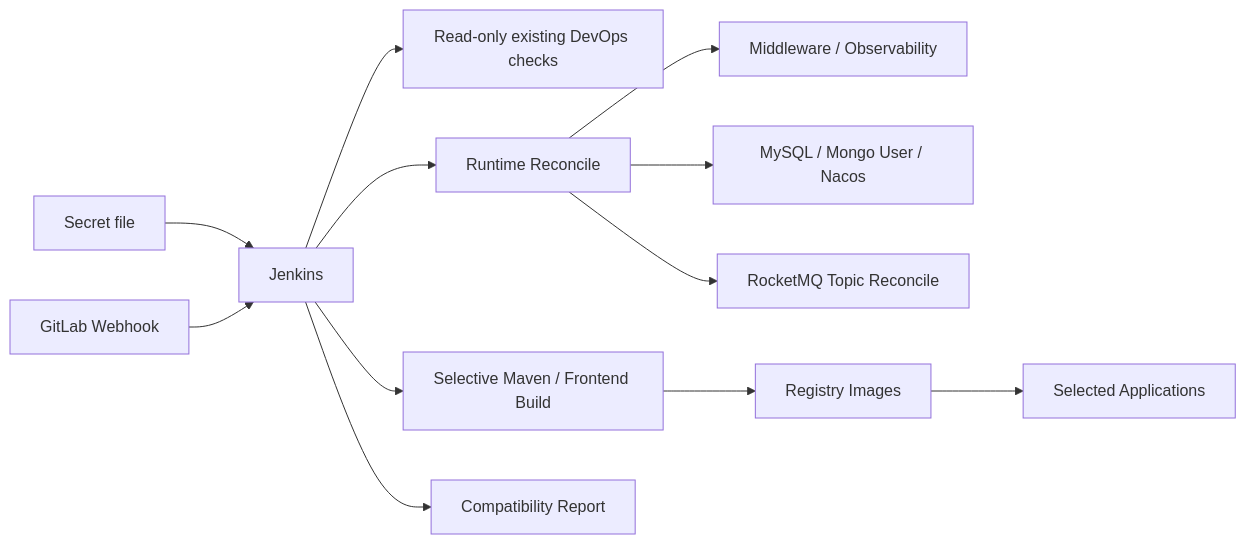
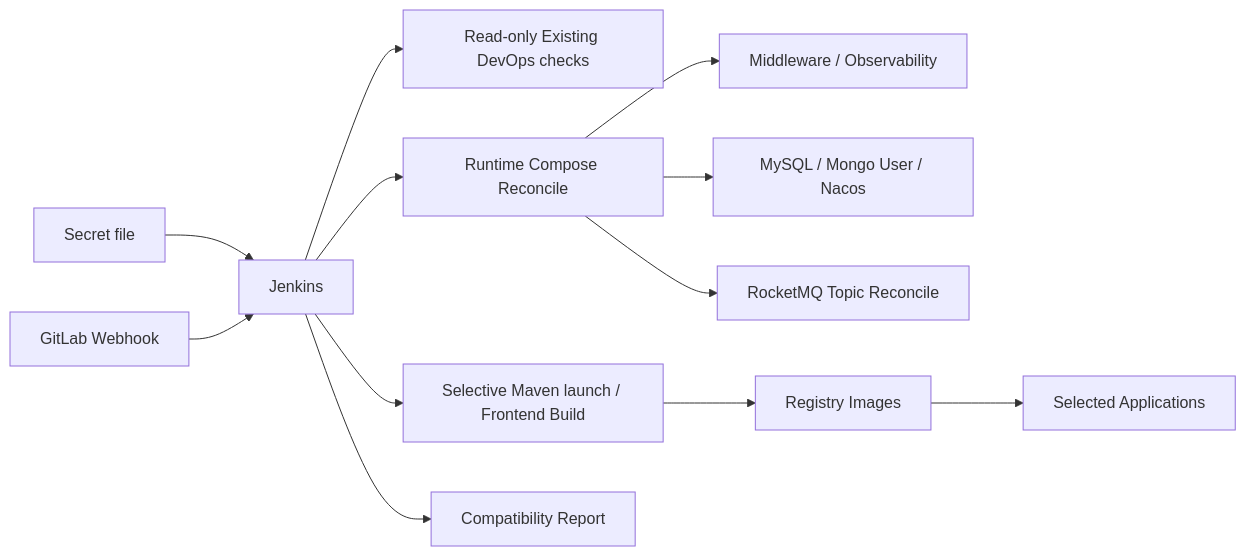
One commit to Ryan-Guizhou/peach-cloud changed the diagram in deploy-pipline/README.en-US.md. Above: the diagram before and after it, drawn with Mermaid. The commit also changed other lines of this file and 6 other files, not shown here.

````diff
--- a/deploy-pipline/README.en-US.md
+++ b/deploy-pipline/README.en-US.md
@@ -9,14 +9,14 @@
 ```mermaid
 flowchart LR
     S[Secret file] --> J[Jenkins]
     G[GitLab Webhook] --> J
-    J --> P[Read-only existing DevOps checks]
-    J --> R[Runtime Reconcile]
+    J --> P[Read-only Existing DevOps checks]
+    J --> R[Runtime Compose Reconcile]
     R --> M[Middleware / Observability]
     R --> D[MySQL / Mongo User / Nacos]
     R --> Q[RocketMQ Topic Reconcile]
-    J --> B[Selective Maven / Frontend Build]
+    J --> B[Selective Maven launch / Frontend Build]
     B --> I[Registry Images]
     I --> A[Selected Applications]
     J --> C[Compatibility Report]
 ```
````
